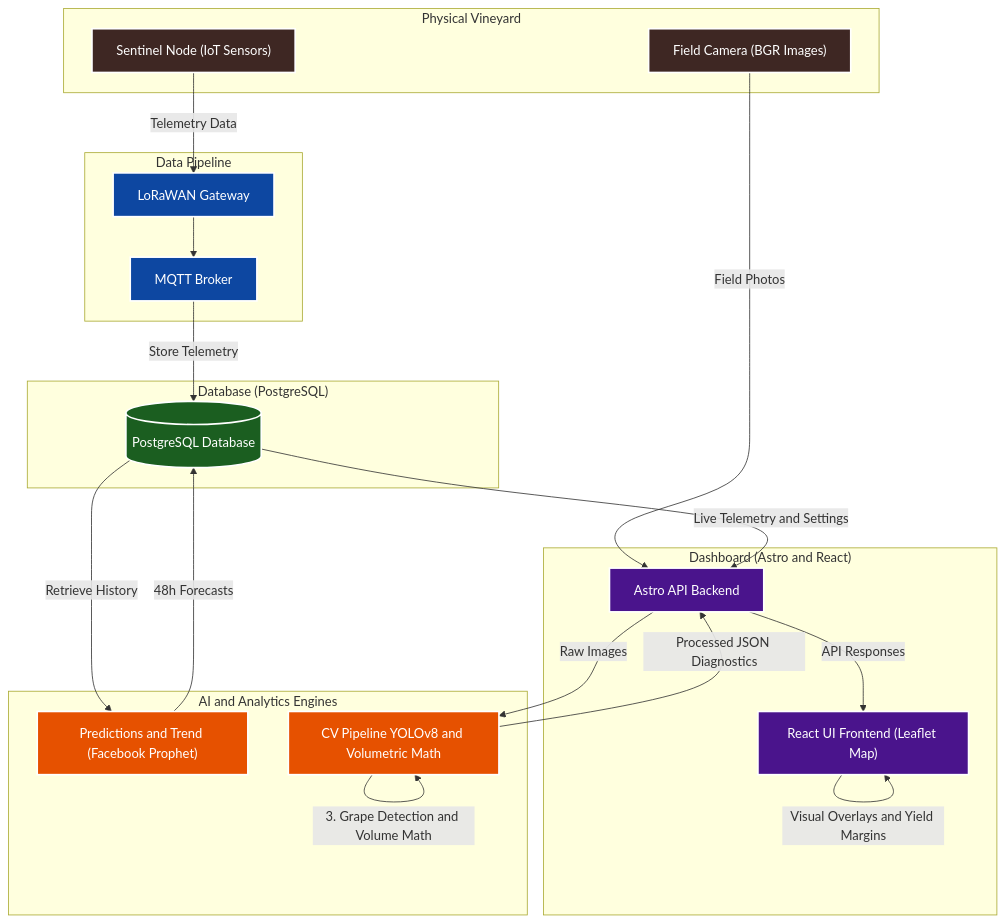
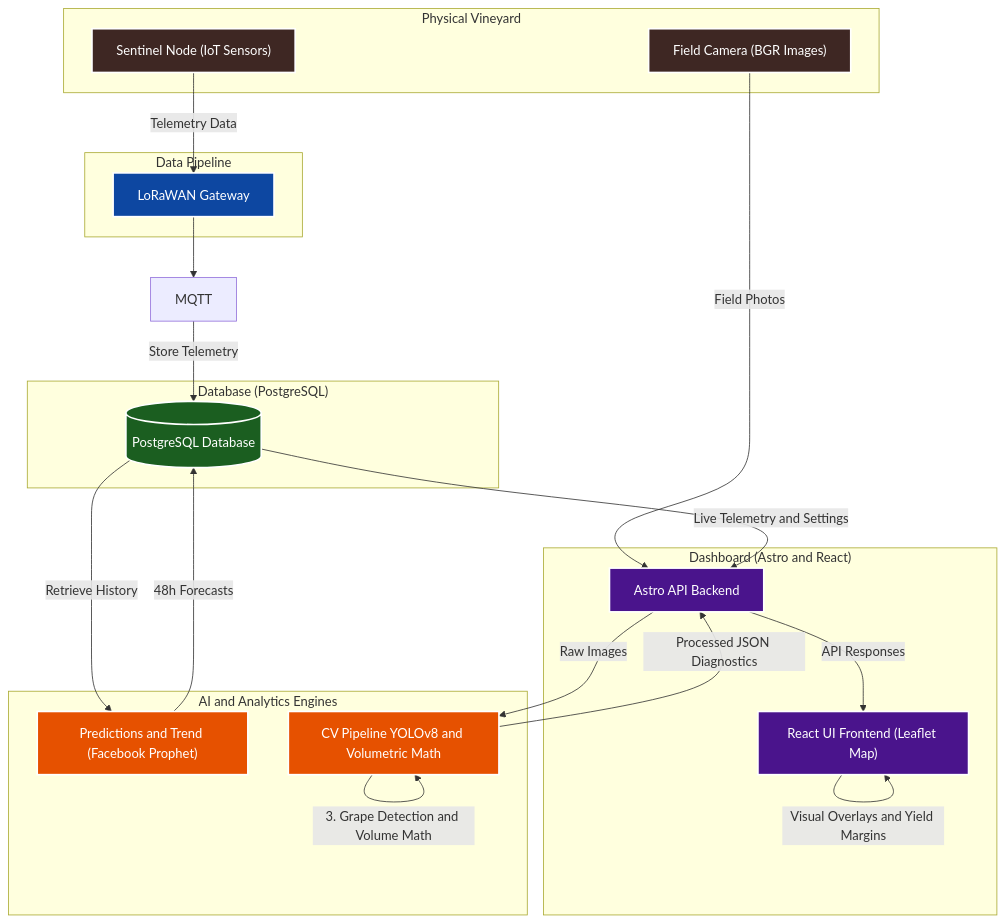
Before and after one commit to Lori-in-the-clouds/EdgeVine: the diagram in readme.md, drawn with Mermaid. The commit also changed other lines of this file and 2 other files, not shown here.

````diff
--- a/readme.md
+++ b/readme.md
@@ -30,54 +32,53 @@
 ```mermaid
 flowchart TB
     %% General Styles
     classDef physical fill:#3e2723,stroke:#fff,stroke-width:2px,color:#fff;
     classDef transport fill:#0d47a1,stroke:#fff,stroke-width:2px,color:#fff;
     classDef db fill:#1b5e20,stroke:#fff,stroke-width:2px,color:#fff;
     classDef engine fill:#e65100,stroke:#fff,stroke-width:2px,color:#fff;
     classDef client fill:#4a148c,stroke:#fff,stroke-width:2px,color:#fff;
 
     subgraph Physical_Vineyard ["Physical Vineyard"]
         SN["Sentinel Node (IoT Sensors)"]:::physical
         Cam["Field Camera (BGR Images)"]:::physical
     end
 
     subgraph Data_Pipeline ["Data Pipeline"]
         LoRa["LoRaWAN Gateway"]:::transport
-        MQTT["MQTT Broker"]:::transport
     end
 
     subgraph Data_Storage ["Database (PostgreSQL)"]
         DB[(PostgreSQL Database)]:::db
     end
 
     subgraph AI_Analytics ["AI and Analytics Engines"]
         Prophet["Predictions and Trend (Facebook Prophet)"]:::engine
         CV_Engine["CV Pipeline YOLOv8 and Volumetric Math"]:::engine
     end
 
     subgraph Dashboard_Presentation ["Dashboard (Astro and React)"]
         Astro["Astro API Backend"]:::client
         React["React UI Frontend (Leaflet Map)"]:::client
     end
 
     %% Telemetry flows
     SN -->|"Telemetry Data"| LoRa
     LoRa --> MQTT
     MQTT -->|"Store Telemetry"| DB
     DB -->|"Retrieve History"| Prophet
     Prophet -->|"48h Forecasts"| DB
 
     %% CV flows
     Cam -->|"Field Photos"| Astro
     Astro -->|"Raw Images"| CV_Engine
     CV_Engine -->|"1. Leaf Detection (YOLOv8-Medium)"| CV_Engine
     CV_Engine -->|"2. Health Classification (YOLOv8-Nano-cls)"| CV_Engine
     CV_Engine -->|"3. Grape Detection and Volume Math"| CV_Engine
     CV_Engine -->|"Processed JSON Diagnostics"| Astro
 
     %% UI flows
     DB -->|"Live Telemetry and Settings"| Astro
     Astro -->|"API Responses"| React
     React -->|"Visual Overlays and Yield Margins"| React
 
 ```
````
